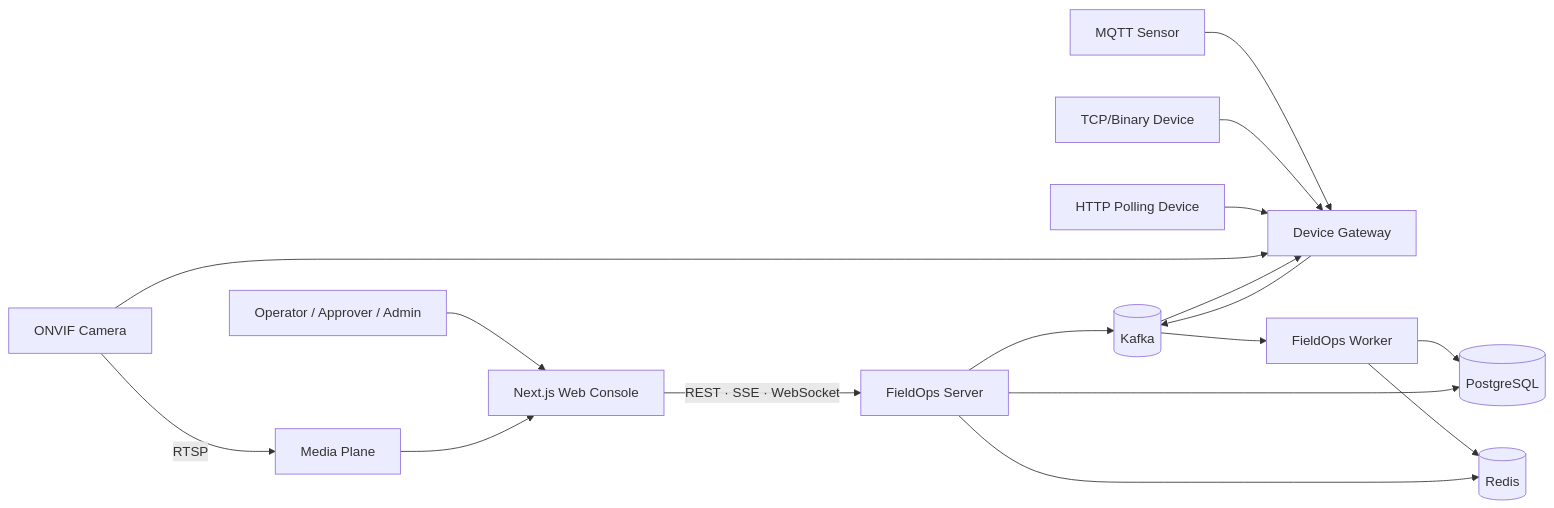
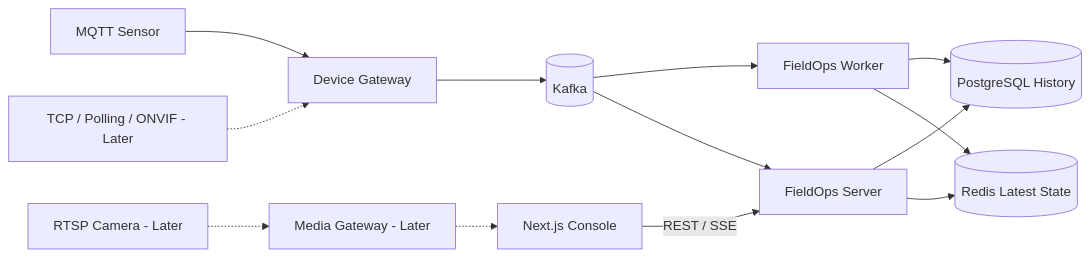
One commit to krait4g/fieldops-control-plane changed the diagram in README.md. Above: the diagram before and after it, drawn with Mermaid. The commit also changed other lines of this file and 9 other files, not shown here.

````diff
--- a/README.md
+++ b/README.md
@@ -154,22 +68,15 @@
 ```mermaid
 flowchart LR
-    USER[Operator / Approver / Admin] --> WEB[Next.js Web Console]
-    WEB -->|REST · SSE · WebSocket| API[FieldOps Server]
-
-    MQTT[MQTT Sensor] --> GW[Device Gateway]
-    TCP[TCP/Binary Device] --> GW
-    POLL[HTTP Polling Device] --> GW
-    CAM[ONVIF Camera] --> GW
-    CAM -->|RTSP| MEDIA[Media Plane]
-    MEDIA --> WEB
-
+    SENSOR[MQTT Sensor] --> GW[Device Gateway]
     GW --> K[(Kafka)]
     K --> WORKER[FieldOps Worker]
-    WORKER --> PG[(PostgreSQL)]
-    WORKER --> RD[(Redis)]
-
+    WORKER --> PG[(PostgreSQL History)]
+    WORKER --> RD[(Redis Latest State)]
+    WEB[Next.js Console] -->|REST / SSE| API[FieldOps Server]
     API --> PG
     API --> RD
-    API --> K
-    K --> GW
+    K --> API
+    EXT[TCP / Polling / ONVIF - Later] -.-> GW
+    CAM[RTSP Camera - Later] -.-> MEDIA[Media Gateway - Later]
+    MEDIA -.-> WEB
 ```
````
